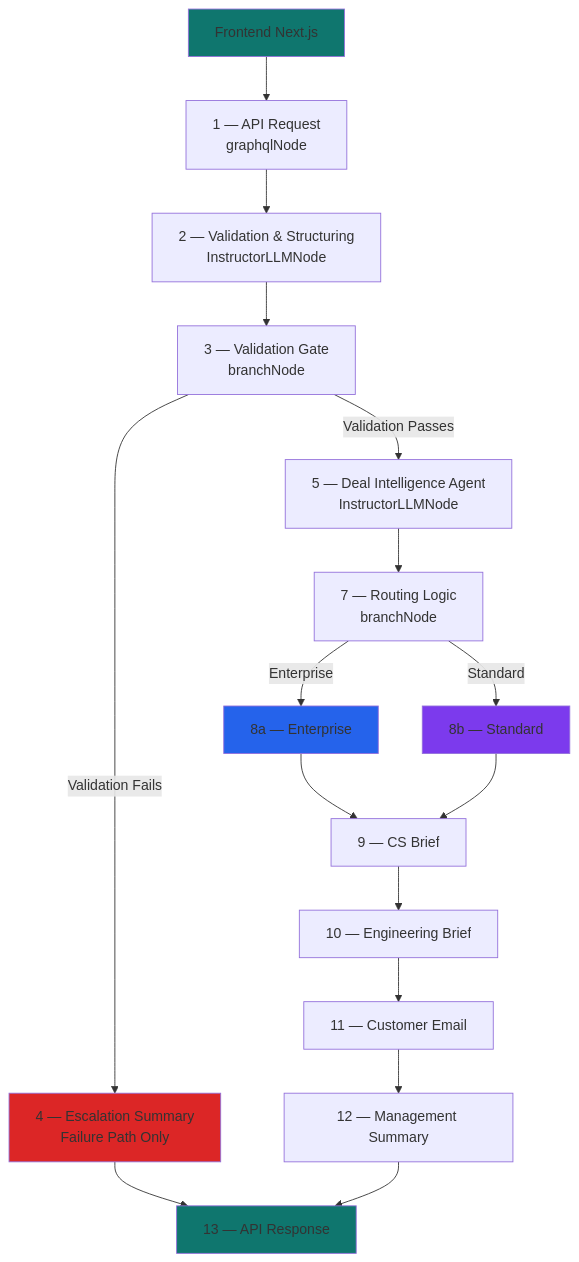
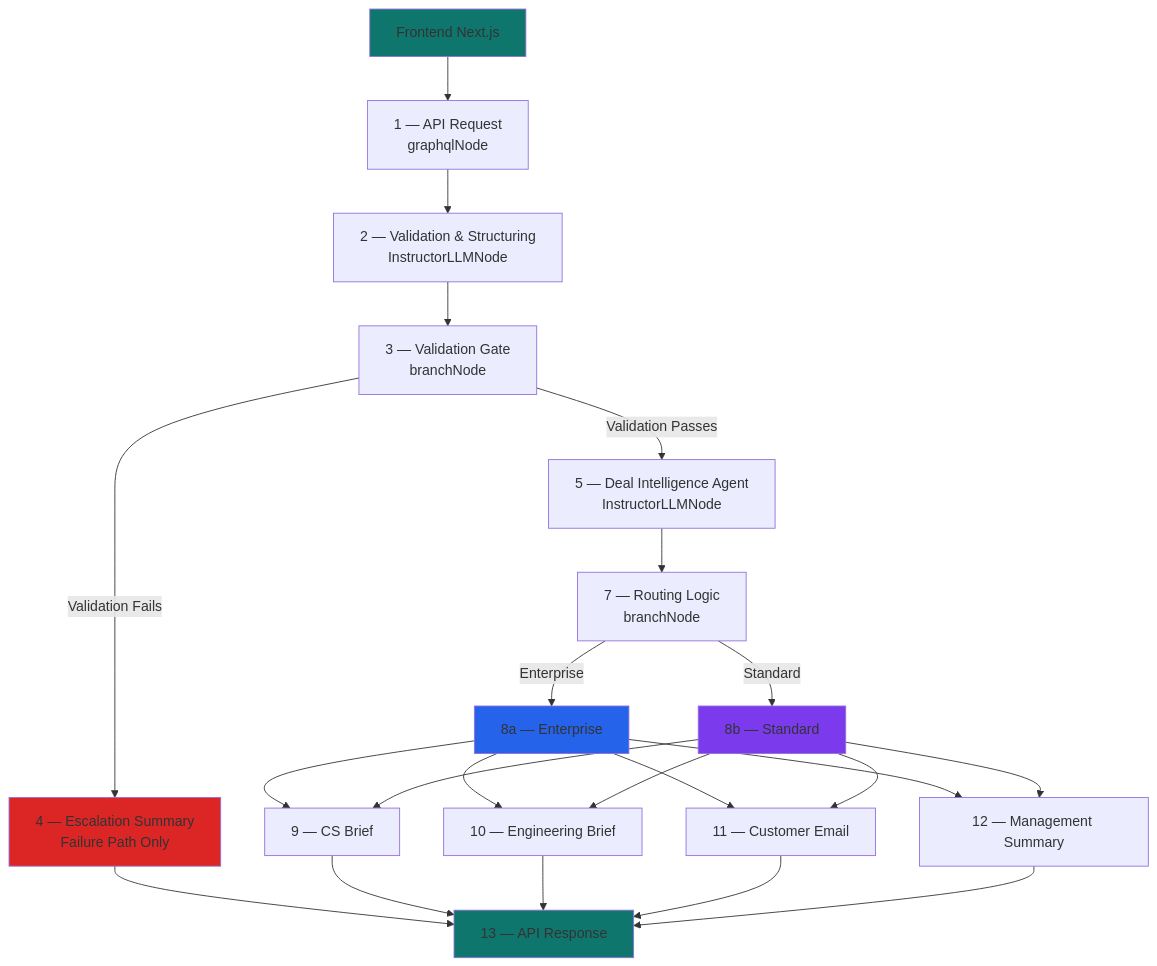
The diagram in kits/sales-to-cs-handoff-automation/README.md (Lamatic/AgentKit), drawn with Mermaid before and after one commit. The commit also changed other lines of this file and 1 other file, not shown here.

Commit message:
fix: address CodeRabbit review issues (submodule, routing, docs)

````diff
--- a/kits/sales-to-cs-handoff-automation/README.md
+++ b/kits/sales-to-cs-handoff-automation/README.md
@@ -65,39 +65,45 @@
 ```mermaid
 graph TD
     A["Frontend Next.js"]
     B["1 — API Request<br/>graphqlNode"]
     C["2 — Validation & Structuring<br/>InstructorLLMNode"]
     D["3 — Validation Gate<br/>branchNode"]
     E["4 — Escalation Summary<br/>Failure Path Only"]
     F["5 — Deal Intelligence Agent<br/>InstructorLLMNode"]
     G["7 — Routing Logic<br/>branchNode"]
     H["8a — Enterprise"]
     I["8b — Standard"]
     J["9 — CS Brief"]
     K["10 — Engineering Brief"]
     L["11 — Customer Email"]
     M["12 — Management Summary"]
     N["13 — API Response"]
     
     A --> B
     B --> C
     C --> D
     D -->|Validation Fails| E
     D -->|Validation Passes| F
     E --> N
     F --> G
     G -->|Enterprise| H
     G -->|Standard| I
     H --> J
+    H --> K
+    H --> L
+    H --> M
     I --> J
-    J --> K
-    K --> L
-    L --> M
+    I --> K
+    I --> L
+    I --> M
+    J --> N
+    K --> N
+    L --> N
     M --> N
     
     style A fill:#0f766e
     style N fill:#0f766e
     style E fill:#dc2626
     style H fill:#2563eb
     style I fill:#7c3aed
 ```
````
